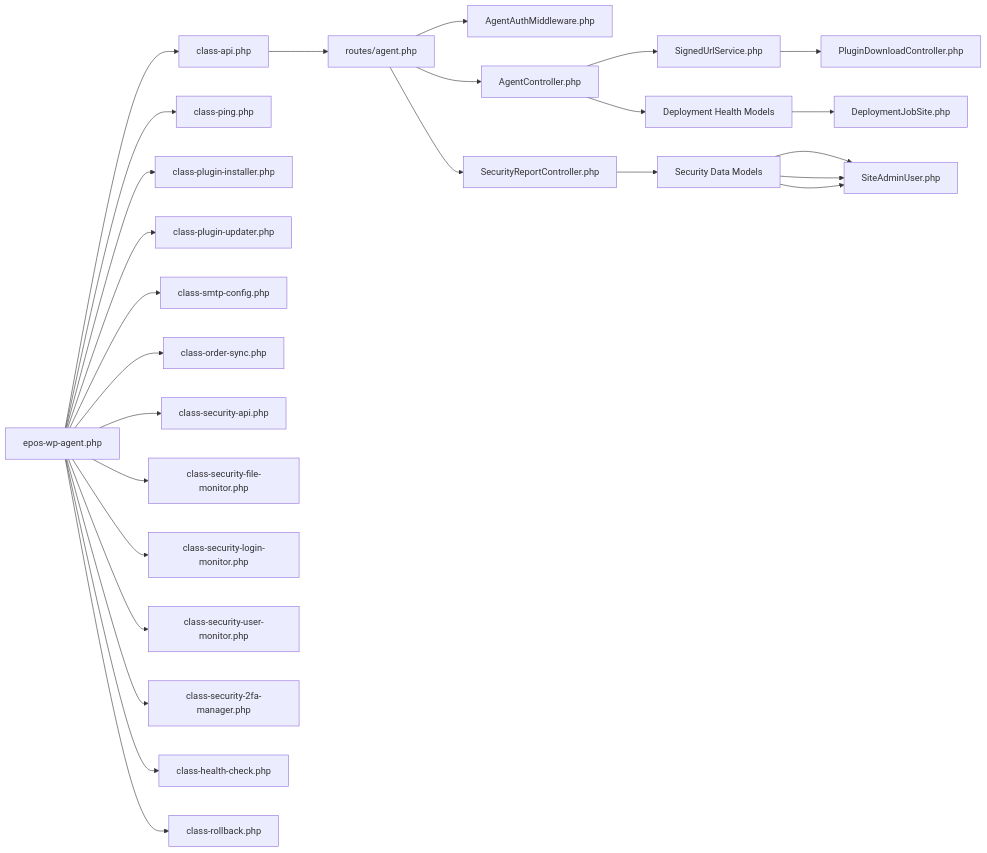
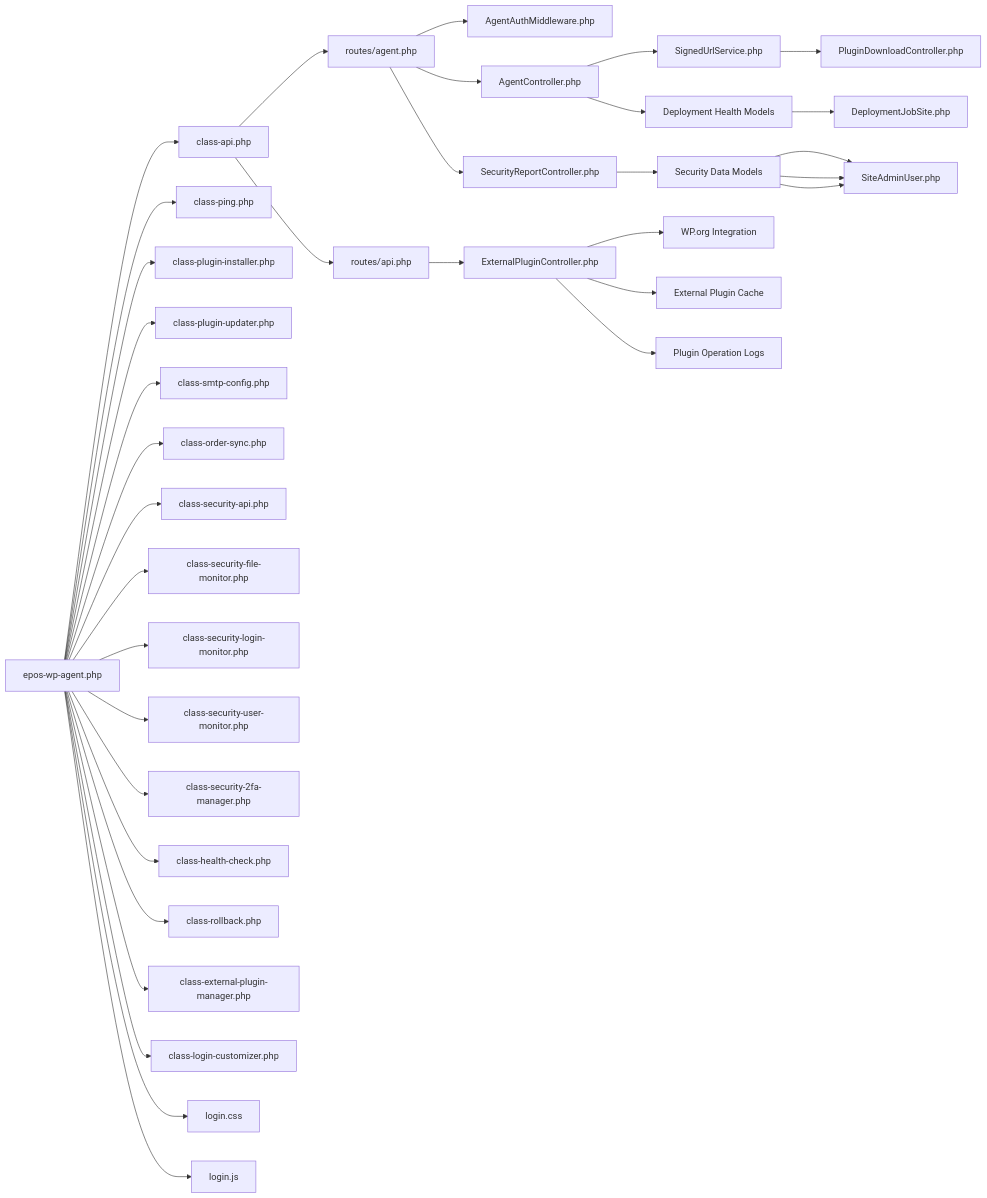
One commit to FCS-WP/website_portal changed diagram 23 of 23 in .qoder/repowiki/en/content/WordPress Agent Integration/WordPress Agent Integration.md. Above: the diagram before and after it, drawn with Mermaid. The commit also changed other lines of this file and 30 other files, not shown here.

````diff
--- a/.qoder/repowiki/en/content/WordPress Agent Integration/WordPress Agent Integration.md
+++ b/.qoder/repowiki/en/content/WordPress Agent Integration/WordPress Agent Integration.md
@@ -856,28 +1266,37 @@
 ```mermaid
 graph LR
 WP_Init["epos-wp-agent.php"] --> WP_API["class-api.php"]
 WP_Init --> WP_Ping["class-ping.php"]
 WP_Init --> WP_Plugins["class-plugin-installer.php"]
 WP_Init --> WP_Plugin_Updater["class-plugin-updater.php"]
 WP_Init --> WP_SMTP["class-smtp-config.php"]
 WP_Init --> WP_Order["class-order-sync.php"]
 WP_Init --> WP_Security_API["class-security-api.php"]
 WP_Init --> WP_File_Monitor["class-security-file-monitor.php"]
 WP_Init --> WP_Login_Monitor["class-security-login-monitor.php"]
 WP_Init --> WP_User_Monitor["class-security-user-monitor.php"]
 WP_Init --> WP_2FA_Manager["class-security-2fa-manager.php"]
 WP_Init --> WP_Health_Check["class-health-check.php"]
 WP_Init --> WP_Rollback["class-rollback.php"]
+WP_Init --> WP_External_Plugins["class-external-plugin-manager.php"]
+WP_Init --> WP_Login_Customizer["class-login-customizer.php"]
+WP_Init --> WP_CSS["login.css"]
+WP_Init --> WP_JS["login.js"]
 WP_API --> Portal_Routes["routes/agent.php"]
+WP_API --> Portal_API_Routes["routes/api.php"]
 Portal_Routes --> Portal_MW["AgentAuthMiddleware.php"]
 Portal_Routes --> Portal_Ctrl["AgentController.php"]
 Portal_Routes --> Portal_Security_Ctrl["SecurityReportController.php"]
+Portal_API_Routes --> Portal_External_Ctrl["ExternalPluginController.php"]
+Portal_External_Ctrl --> Portal_WPORG["WP.org Integration"]
+Portal_External_Ctrl --> Portal_ExtCache["External Plugin Cache"]
+Portal_External_Ctrl --> Portal_OpLogs["Plugin Operation Logs"]
 Portal_Ctrl --> Portal_SignedURL["SignedUrlService.php"]
 Portal_SignedURL --> Portal_Download["PluginDownloadController.php"]
 Portal_Security_Ctrl --> Portal_Security_DB["Security Data Models"]
 Portal_Security_DB --> Portal_Security_DB_Models["FileIntegrityBaseline.php"]
 Portal_Security_DB --> Portal_Security_DB_Models["SecurityAlert.php"]
 Portal_Security_DB --> Portal_Security_DB_Models["SiteAdminUser.php"]
 Portal_Ctrl --> Portal_Health_DB["Deployment Health Models"]
 Portal_Health_DB --> Portal_Health_DB_Models["DeploymentJobSite.php"]
 ```
````
